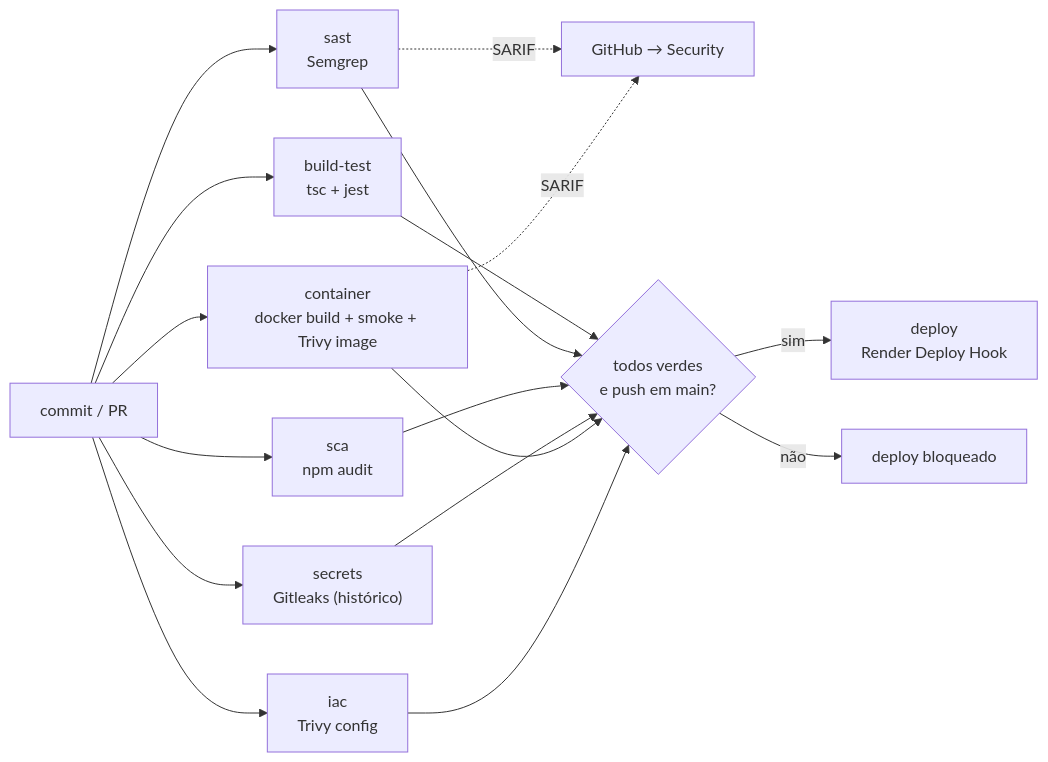
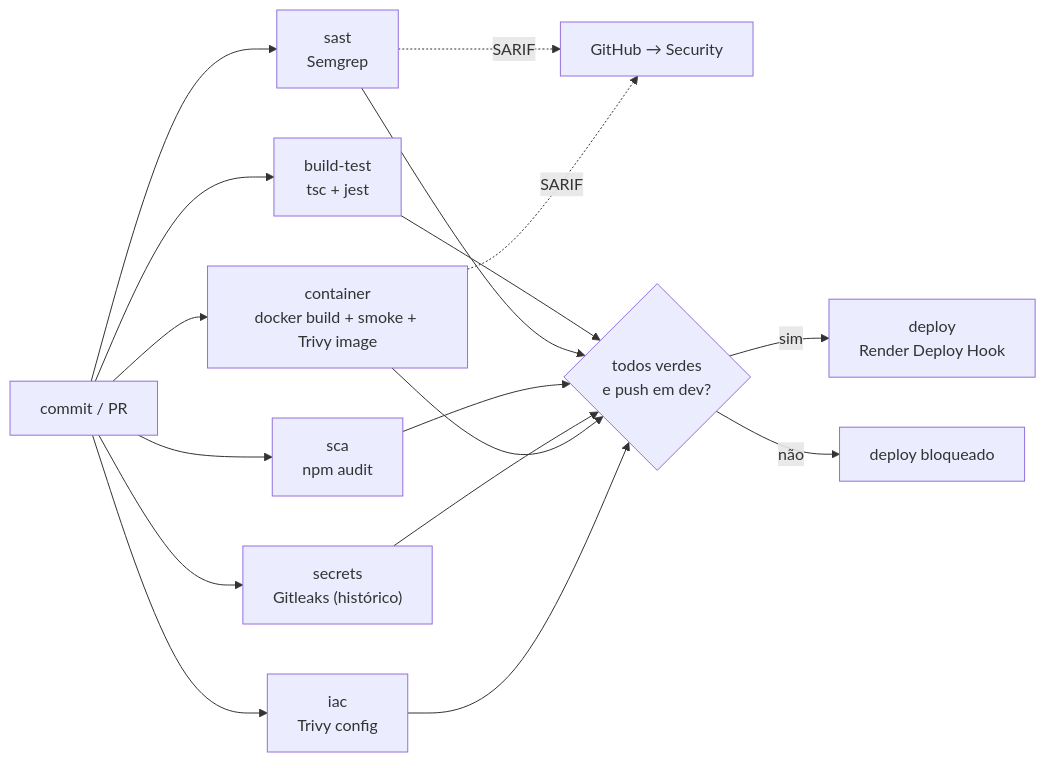
One commit to Phasex-arch/ford-scrapper-service changed the second of 5 diagrams in docs/CYBERSECURITY-SPRINT3.md. Above: the diagram before and after it, drawn with Mermaid. The commit also changed other lines of this file and 2 other files, not shown here.

First line of the commit message:
fix(ci): gate the Render deploy on dev, the real production branch

````diff
--- a/docs/CYBERSECURITY-SPRINT3.md
+++ b/docs/CYBERSECURITY-SPRINT3.md
@@ -85,14 +85,14 @@
 ```mermaid
 flowchart LR
   Commit["commit / PR"] --> BT["build-test<br/>tsc + jest"]
   Commit --> SAST["sast<br/>Semgrep"]
   Commit --> SCA["sca<br/>npm audit"]
   Commit --> SEC["secrets<br/>Gitleaks (histórico)"]
   Commit --> CT["container<br/>docker build + smoke + Trivy image"]
   Commit --> IAC["iac<br/>Trivy config"]
   SAST -. SARIF .-> Tab["GitHub → Security"]
   CT -. SARIF .-> Tab
-  BT & SAST & SCA & SEC & CT & IAC --> Gate{"todos verdes<br/>e push em main?"}
+  BT & SAST & SCA & SEC & CT & IAC --> Gate{"todos verdes<br/>e push em dev?"}
   Gate -->|sim| Deploy["deploy<br/>Render Deploy Hook"]
   Gate -->|não| Stop["deploy bloqueado"]
 ```
````
